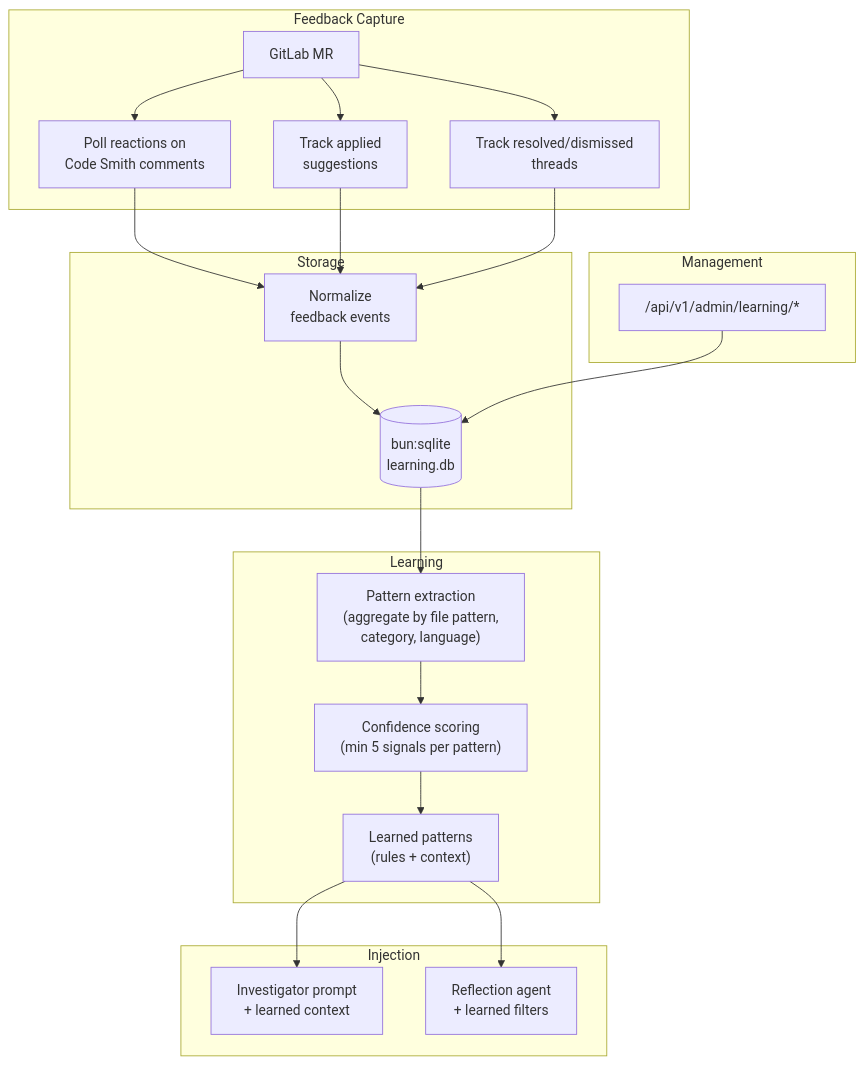
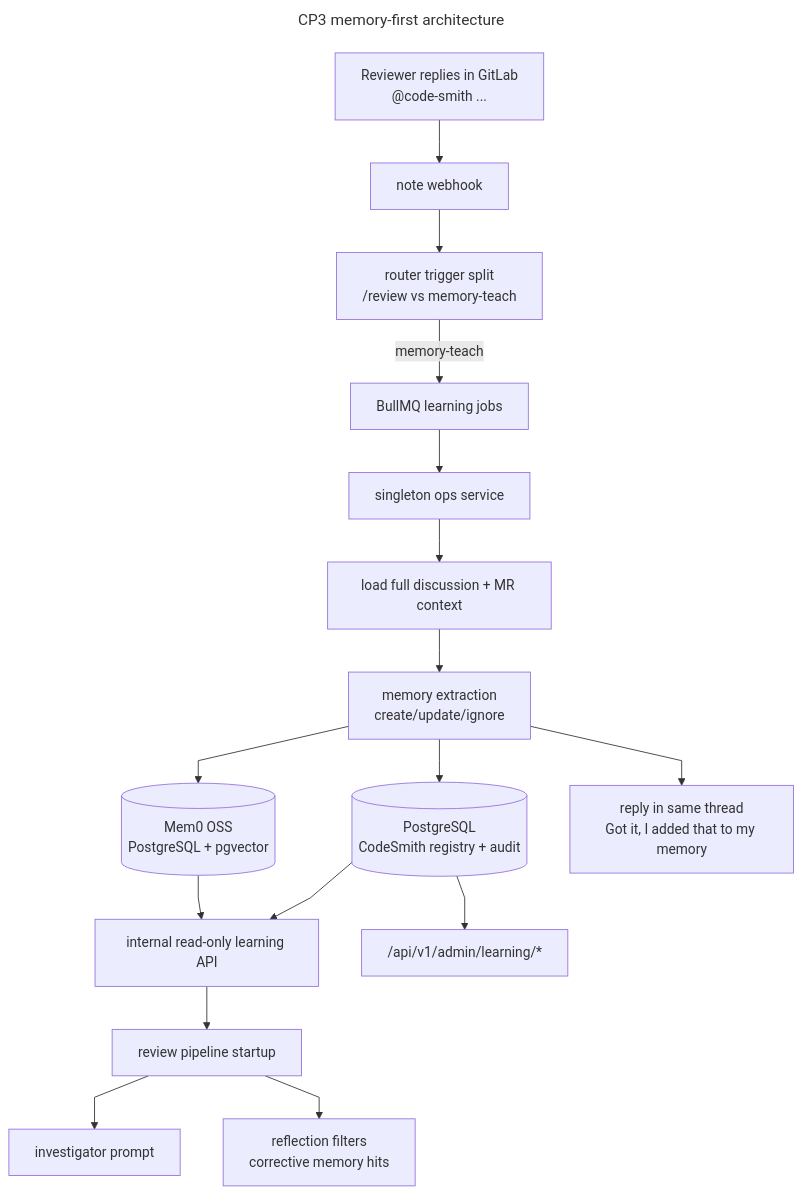
The diagram in docs/plans/backlog/organizational-learning-plan.md (elis-salobehaj/code-smith), drawn with Mermaid before and after one commit. The commit also changed other lines of this file and 7 other files, not shown here.

First line of the commit message:
docs: add review memory foundation planning docs

````diff
--- a/docs/plans/backlog/organizational-learning-plan.md
+++ b/docs/plans/backlog/organizational-learning-plan.md
@@ -99,30 +91,26 @@
 ```mermaid
+---
+title: CP3 memory-first architecture
+config:
+  look: classic
+  markdownAutoWrap: false
+  flowchart:
+    curve: linear
+---
 flowchart TD
-  subgraph Feedback Capture
-    MR["GitLab MR"] --> Reactions["Poll reactions on\nCode Smith comments"]
-    MR --> Applied["Track applied\nsuggestions"]
-    MR --> Dismissed["Track resolved/dismissed\nthreads"]
-  end
-
-  subgraph Storage
-    Reactions --> Normalize["Normalize\nfeedback events"]
-    Applied --> Normalize
-    Dismissed --> Normalize
-    Normalize --> DB[(bun:sqlite\nlearning.db)]
-  end
-
-  subgraph Learning
-    DB --> Extract["Pattern extraction\n(aggregate by file pattern,\ncategory, language)"]
-    Extract --> Score["Confidence scoring\n(min 5 signals per pattern)"]
-    Score --> Patterns["Learned patterns\n(rules + context)"]
-  end
-
-  subgraph Injection
-    Patterns --> Investigator["Investigator prompt\n+ learned context"]
-    Patterns --> Reflection["Reflection agent\n+ learned filters"]
-  end
-
-  subgraph Management
-    API["/api/v1/admin/learning/*"] --> DB
-  end
+  User["Reviewer replies in GitLab\n@code-smith ..."] --> NoteWebhook["note webhook"]
+  NoteWebhook --> Router["router trigger split\n/review vs memory-teach"]
+  Router -->|memory-teach| Queue["BullMQ learning jobs"]
+  Queue --> Ops["singleton ops service"]
+  Ops --> ThreadLoad["load full discussion + MR context"]
+  ThreadLoad --> Extract["memory extraction\ncreate/update/ignore"]
+  Extract --> Registry[("PostgreSQL\nCodeSmith registry + audit")]
+  Extract --> Mem0[("Mem0 OSS\nPostgreSQL + pgvector")]
+  Extract --> Ack["reply in same thread\nGot it, I added that to my memory"]
+  Mem0 --> ReadAPI["internal read-only learning API"]
+  Registry --> ReadAPI
+  ReadAPI --> Pipeline["review pipeline startup"]
+  Pipeline --> Investigator["investigator prompt\n<learned_review_rules>"]
+  Pipeline --> Reflection["reflection filters\ncorrective memory hits"]
+  Registry --> Admin["/api/v1/admin/learning/*"]
 ```
````
